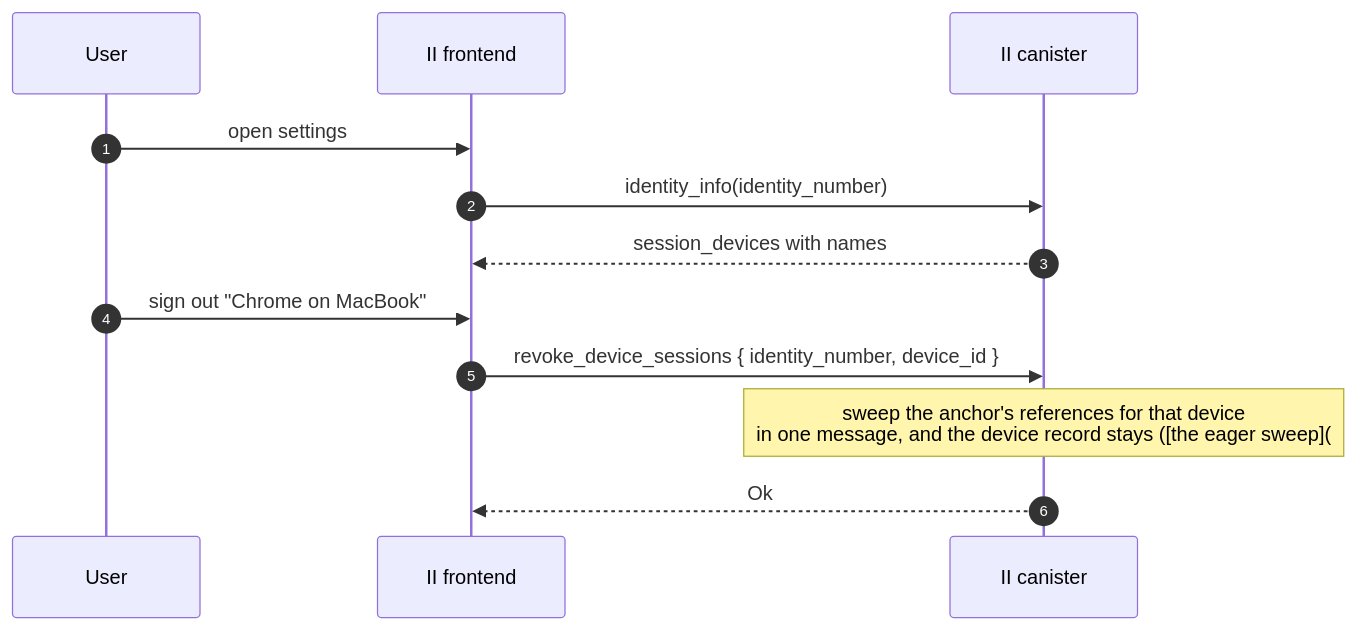
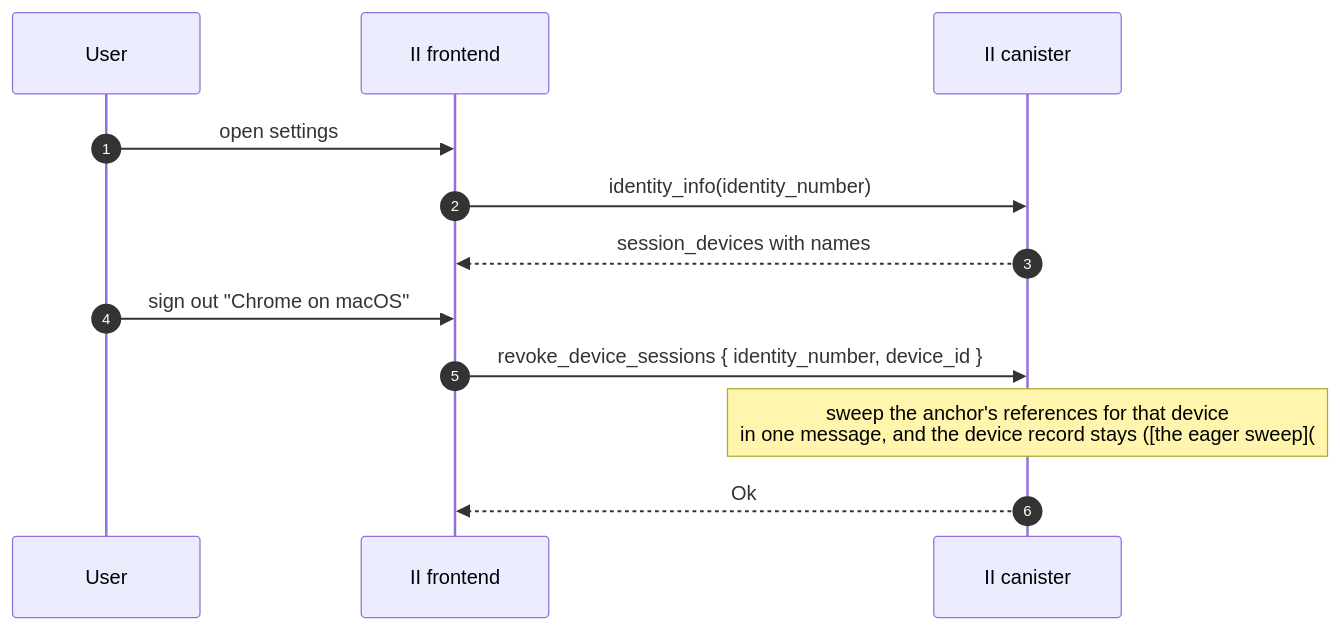
Before and after one commit to dfinity/internet-identity: the seventh of 7 diagrams in docs/ongoing/revocable-app-sessions-spec.md, drawn with Mermaid. The commit also changed other lines of this file and 1 other file, not shown here.

````diff
--- a/docs/ongoing/revocable-app-sessions-spec.md
+++ b/docs/ongoing/revocable-app-sessions-spec.md
@@ -543,14 +729,14 @@
 ```mermaid
 sequenceDiagram
     autonumber
     participant User
     participant IIF as II frontend
     participant IIC as II canister
     User->>IIF: open settings
     IIF->>IIC: identity_info(identity_number)
     IIC-->>IIF: session_devices with names
-    User->>IIF: sign out "Chrome on MacBook"
+    User->>IIF: sign out "Chrome on macOS"
     IIF->>IIC: revoke_device_sessions { identity_number, device_id }
     Note over IIC: sweep the anchor's references for that device<br/>in one message, and the device record stays ([the eager sweep](#signing-a-browser-out-is-an-eager-sweep))
     IIC-->>IIF: Ok
 ```
````
